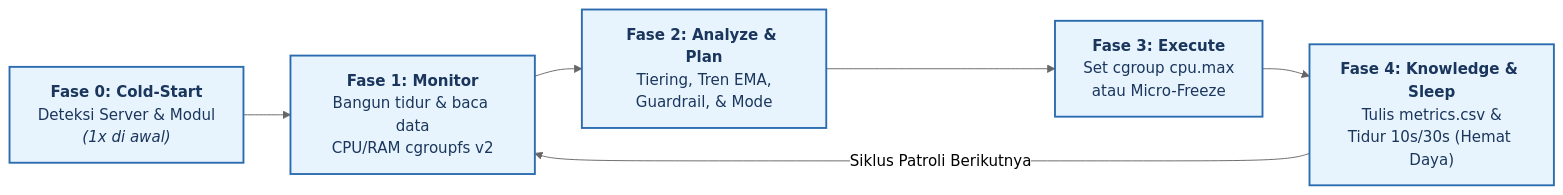
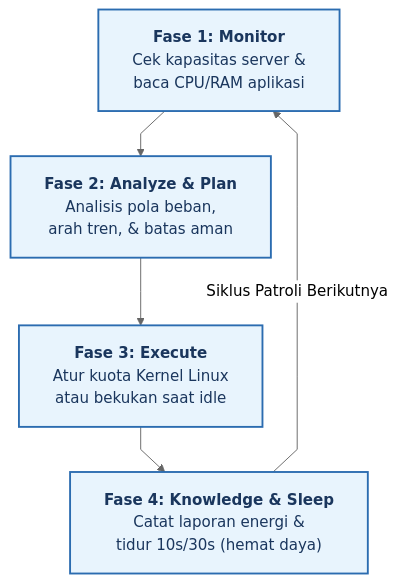
Before and after one commit to fauzanreza/green-container-framework: the first of 3 diagrams in architecture-diagrams/00-concept/main_control_loop.md, drawn with Mermaid (neutral theme). The commit also changed other lines of this file and 13 other files, not shown here.

Commit message:
Menyesuaikan diagram

````diff
--- a/architecture-diagrams/00-concept/main_control_loop.md
+++ b/architecture-diagrams/00-concept/main_control_loop.md
@@ -15,10 +16,13 @@
 ```mermaid
-flowchart LR
-    P0["<b>Fase 0: Cold-Start</b><br/>Deteksi Server & Modul<br/><i>(1x di awal)</i>"]:::phase --> P1["<b>Fase 1: Monitor</b><br/>Bangun tidur & baca data<br/>CPU/RAM cgroupfs v2"]:::phase
-    P1 --> P2["<b>Fase 2: Analyze & Plan</b><br/>Tiering, Tren EMA,<br/>Guardrail, & Mode"]:::phase
-    P2 --> P3["<b>Fase 3: Execute</b><br/>Set cgroup cpu.max<br/>atau Micro-Freeze"]:::phase
-    P3 --> P4["<b>Fase 4: Knowledge & Sleep</b><br/>Tulis metrics.csv &<br/>Tidur 10s/30s (Hemat Daya)"]:::phase
+%%{init: {'flowchart': {'wrappingWidth': 260, 'padding': 18, 'nodeSpacing': 36, 'rankSpacing': 48, 'curve': 'linear'}}}%%
+flowchart TB
+    P1["<b>Fase 1: Monitor</b><br/>Cek kapasitas server &amp;<br/>baca CPU/RAM aplikasi"]:::phase
+    P2["<b>Fase 2: Analyze &amp; Plan</b><br/>Analisis pola beban,<br/>arah tren, &amp; batas aman"]:::phase
+    P3["<b>Fase 3: Execute</b><br/>Atur kuota Kernel Linux<br/>atau bekukan saat idle"]:::phase
+    P4["<b>Fase 4: Knowledge &amp; Sleep</b><br/>Catat laporan energi &amp;<br/>tidur 10s/30s (hemat daya)"]:::phase
+
+    P1 --> P2 --> P3 --> P4
     P4 -->|Siklus Patroli Berikutnya| P1
 
     classDef phase fill:#e8f4fd,stroke:#2b6cb0,stroke-width:2px,color:#1a365d;
 ```
````
